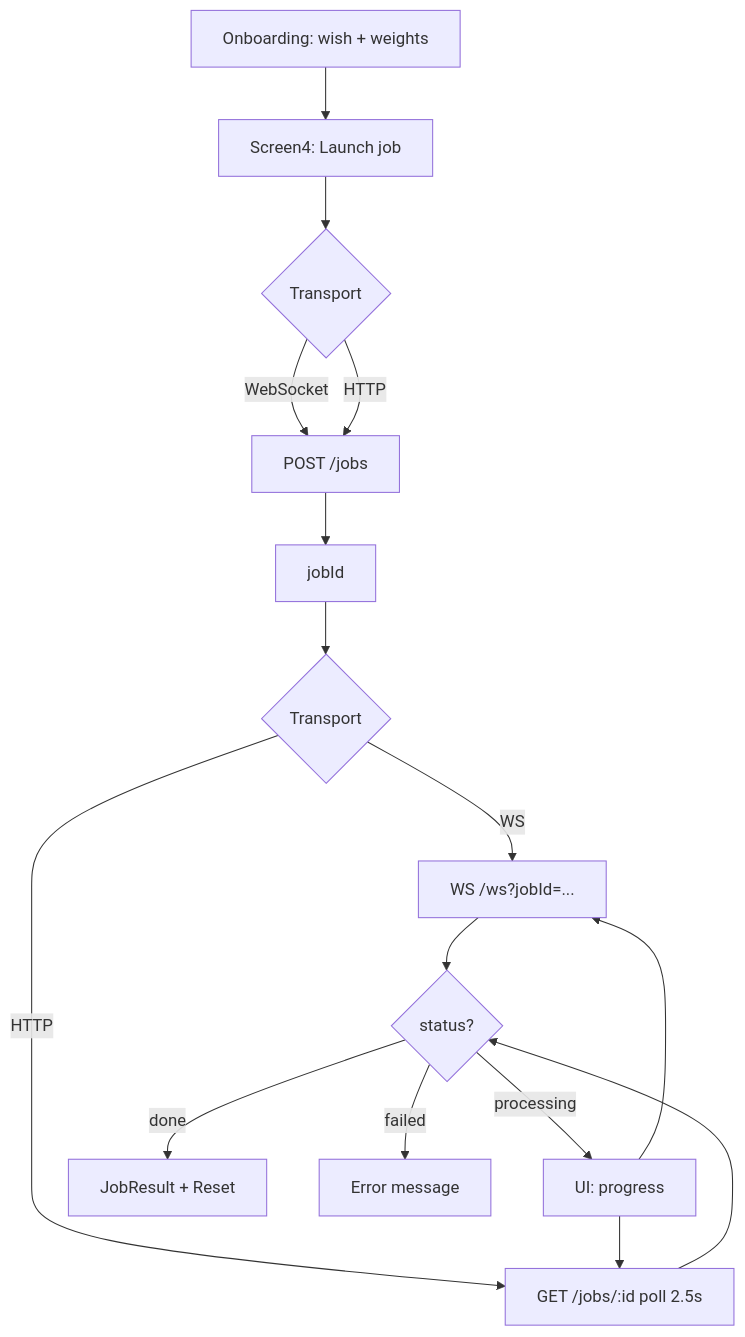
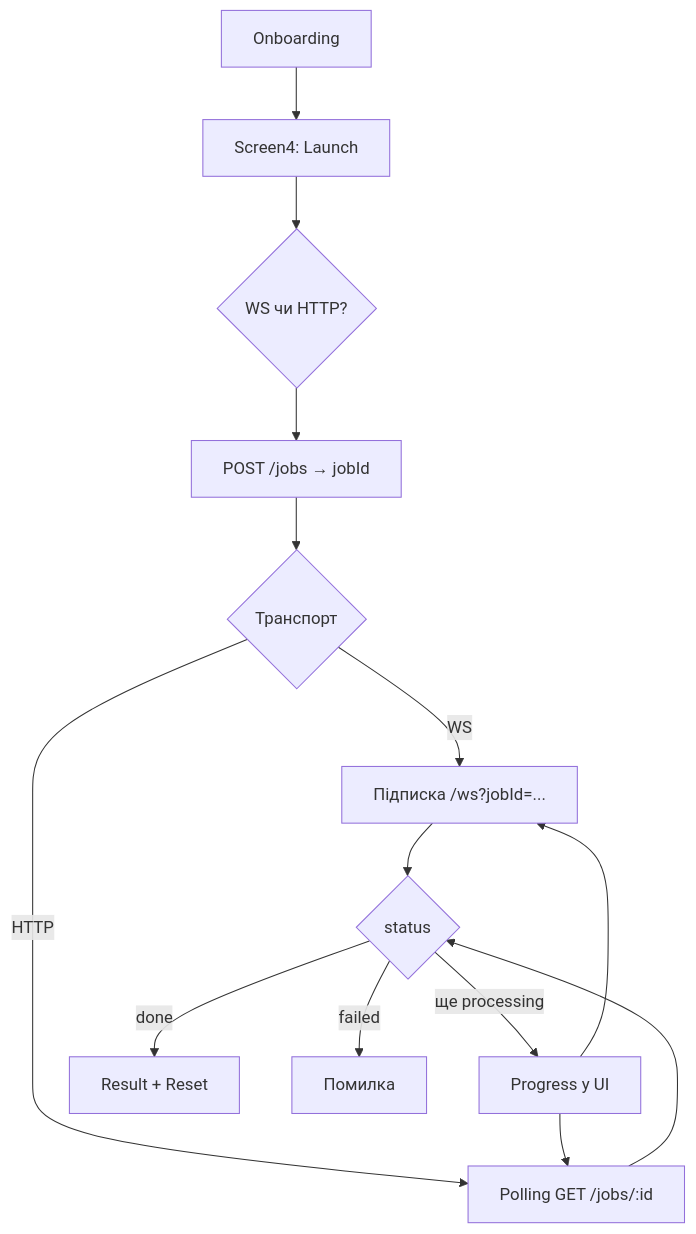
Before and after one commit to lyubk0/blockflow-test-task-frontend: the diagram in README.md, drawn with Mermaid. The commit also changed other lines of this file, not shown here.

````diff
--- a/README.md
+++ b/README.md
@@ -40,18 +31,16 @@
 ```mermaid
 flowchart TD
-    A[Onboarding: wish + weights] --> B[Screen4: Launch job]
-    B --> C{Transport}
-    C -->|WebSocket| D[POST /jobs]
-    C -->|HTTP| D
-    D --> E[jobId]
-    E --> F{Transport}
-    F -->|WS| G[WS /ws?jobId=...]
-    F -->|HTTP| H[GET /jobs/:id poll 2.5s]
-    G --> I{status?}
-    H --> I
-    I -->|processing| J[UI: progress]
-    J --> G
-    J --> H
-    I -->|done| K[JobResult + Reset]
-    I -->|failed| L[Error message]
+    A[Onboarding] --> B[Screen4: Launch]
+    B --> C{WS чи HTTP?}
+    C --> D[POST /jobs → jobId]
+    D --> E{Транспорт}
+    E -->|WS| F[Підписка /ws?jobId=...]
+    E -->|HTTP| G[Polling GET /jobs/:id]
+    F --> H{status}
+    G --> H
+    H -->|ще processing| I[Progress у UI]
+    I --> F
+    I --> G
+    H -->|done| J[Result + Reset]
+    H -->|failed| K[Помилка]
 ```
````
